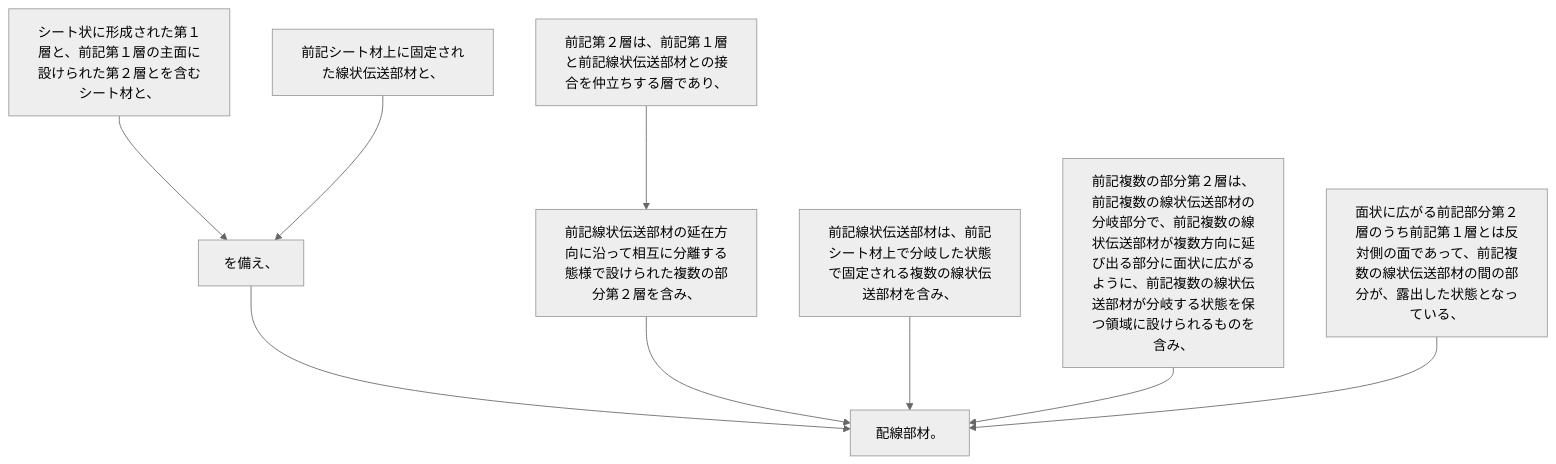
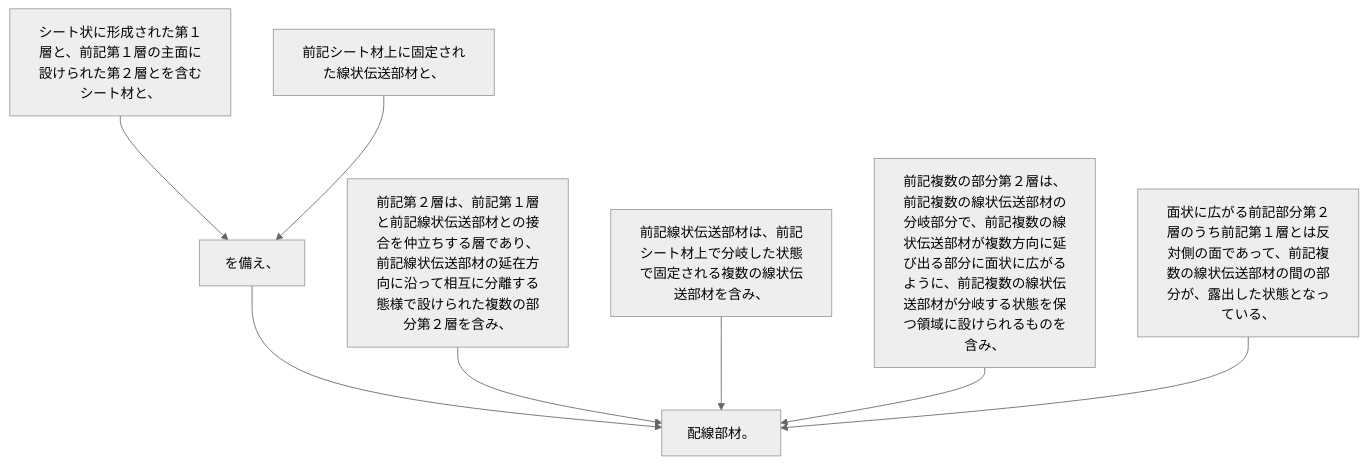
One commit to shinmori55/patent_analyzed changed the diagram in 2024/JP2024001238A/claim_2/README.md. Above: the diagram before and after it, drawn with Mermaid (neutral theme). The commit also changed 31 other files, not shown here.

````diff
--- a/2024/JP2024001238A/claim_2/README.md
+++ b/2024/JP2024001238A/claim_2/README.md
@@ -8,20 +8,18 @@
 ```mermaid
 flowchart TD
 A[シート状に形成された第１層と、前記第１層の主面に設けられた第２層とを含むシート材と、]
 B[前記シート材上に固定された線状伝送部材と、]
 C[を備え、]
-D[前記第２層は、前記第１層と前記線状伝送部材との接合を仲立ちする層であり、]
-E[前記線状伝送部材の延在方向に沿って相互に分離する態様で設けられた複数の部分第２層を含み、]
-F[前記線状伝送部材は、前記シート材上で分岐した状態で固定される複数の線状伝送部材を含み、]
-G[前記複数の部分第２層は、前記複数の線状伝送部材の分岐部分で、前記複数の線状伝送部材が複数方向に延び出る部分に面状に広がるように、前記複数の線状伝送部材が分岐する状態を保つ領域に設けられるものを含み、]
-H[面状に広がる前記部分第２層のうち前記第１層とは反対側の面であって、前記複数の線状伝送部材の間の部分が、露出した状態となっている、]
-I[配線部材。]
+D[前記第２層は、前記第１層と前記線状伝送部材との接合を仲立ちする層であり、前記線状伝送部材の延在方向に沿って相互に分離する態様で設けられた複数の部分第２層を含み、]
+E[前記線状伝送部材は、前記シート材上で分岐した状態で固定される複数の線状伝送部材を含み、]
+F[前記複数の部分第２層は、前記複数の線状伝送部材の分岐部分で、前記複数の線状伝送部材が複数方向に延び出る部分に面状に広がるように、前記複数の線状伝送部材が分岐する状態を保つ領域に設けられるものを含み、]
+G[面状に広がる前記部分第２層のうち前記第１層とは反対側の面であって、前記複数の線状伝送部材の間の部分が、露出した状態となっている、]
+H[配線部材。]
 A --> C
 B --> C
-C --> I
-D --> E
-E --> I
-F --> I
-G --> I
-H --> I
+C --> H
+D --> H
+E --> H
+F --> H
+G --> H
 ```
````
